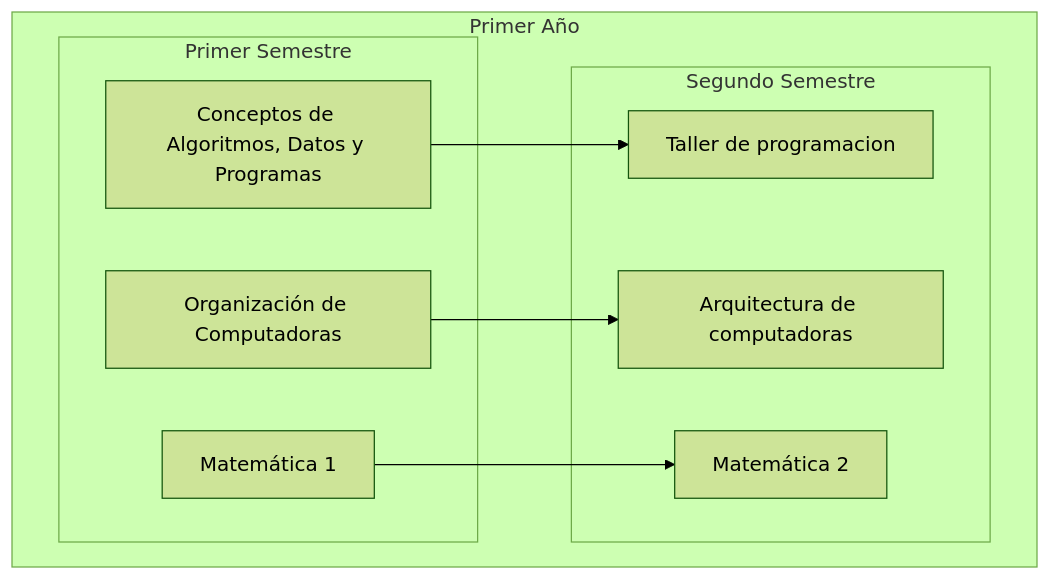
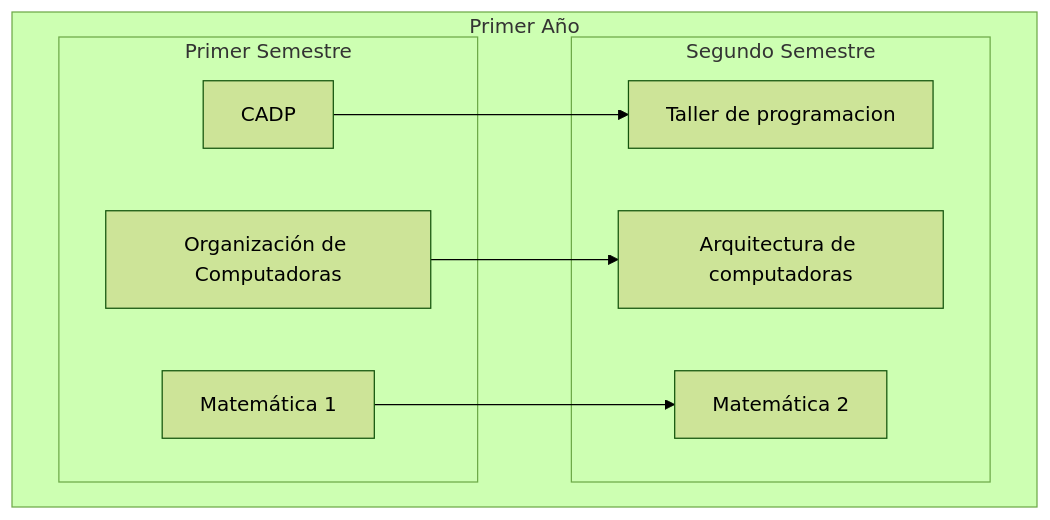
One commit to FrancoBanis/facultadInformatica-unlp changed the diagram in primero/listadoMaterias.md. Above: the diagram before and after it, drawn with Mermaid (forest theme).

Commit message:
Se cambio "Concepto de algoritmos,datos y programas" por "CADP" en listadoMaterias.md

````diff
--- a/primero/listadoMaterias.md
+++ b/primero/listadoMaterias.md
@@ -12,18 +12,18 @@
 ``` mermaid
     flowchart TD
     subgraph Primer Año
     subgraph Primer Semestre   
-        A[Conceptos de Algoritmos, Datos y Programas]
+        A[CADP]
         B[Organización de Computadoras]
         C[Matemática 1]
     end
     subgraph Segundo Semestre
         D[Taller de programacion]
         E[Arquitectura de computadoras]
         F[Matemática 2]
     end
     A --> D
     B --> E
     C --> F 
     end
 ```
````
